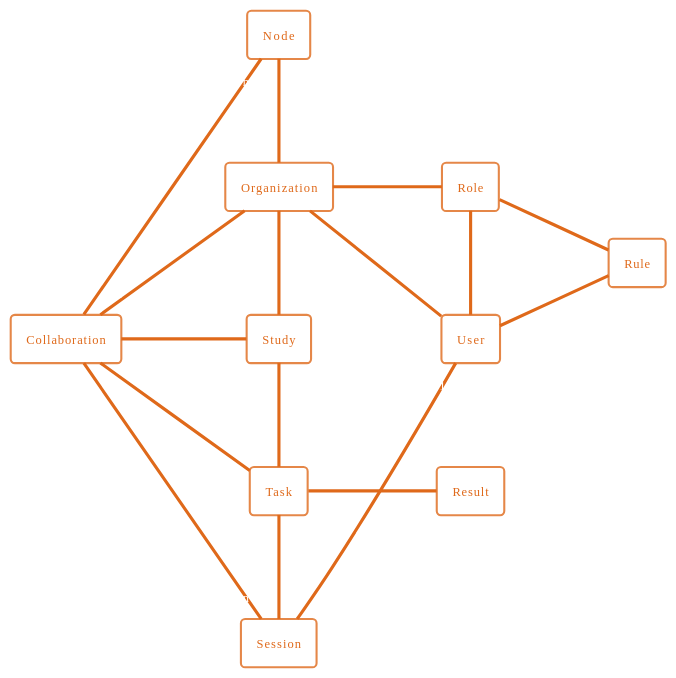
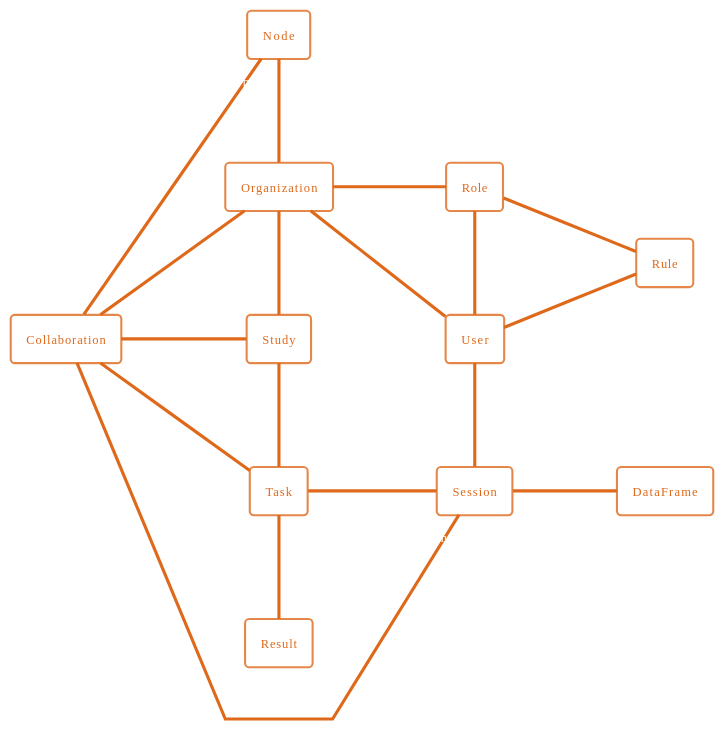
The second of 2 diagrams in docs/introduction/introduction.rst (vantage6/vantage6), drawn with PlantUML before and after one commit. The commit also changed other lines of this file and 7 other files, not shown here.

```diff
--- a/docs/introduction/introduction.rst
+++ b/docs/introduction/introduction.rst
@@ -109,38 +110,42 @@
 .. uml::
 
     !theme superhero-outline
     skinparam nodesep 100
     skinparam ranksep 100
     left to right direction
+    skinparam linetype polyline
 
     rectangle Collaboration
     rectangle Node
     rectangle Organization
     rectangle Session
+    rectangle DataFrame
     rectangle Study
     rectangle Task
     rectangle Result
     rectangle User
     rectangle Role
     rectangle Rule
 
     Collaboration "1" -- "n" Node
     Collaboration "n" -- "n" Organization
     Collaboration "1" -- "n" Study
-    Collaboration "1" -- "n" Session
+    Collaboration "1" - "n" Session
     Collaboration "1" -- "n" Task
 
     Study "n" -left- "n" Organization
     Study "1" -right- "n" Task
     Task "n" -right- "1" Session
 
     Node "n" -right- "1" Organization
 
     Organization "1" -- "n" User
     Organization "0" -- "n" Role
-    Task "1" -- "n" Result
-    Session "n" - "1" User
+    Task "1" - "n" Result
+    Session "n" -left- "1" User
+
+    Session "1" -- "n" DataFrame
 
     User "n" -left- "n" Role
     Role "n" -- "n" Rule
     User "n" -- "n" Rule
```
